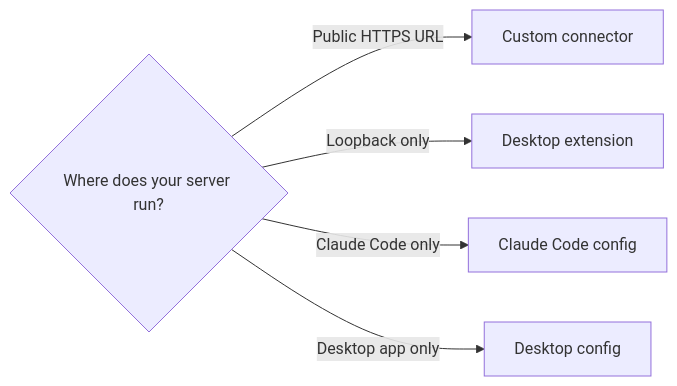
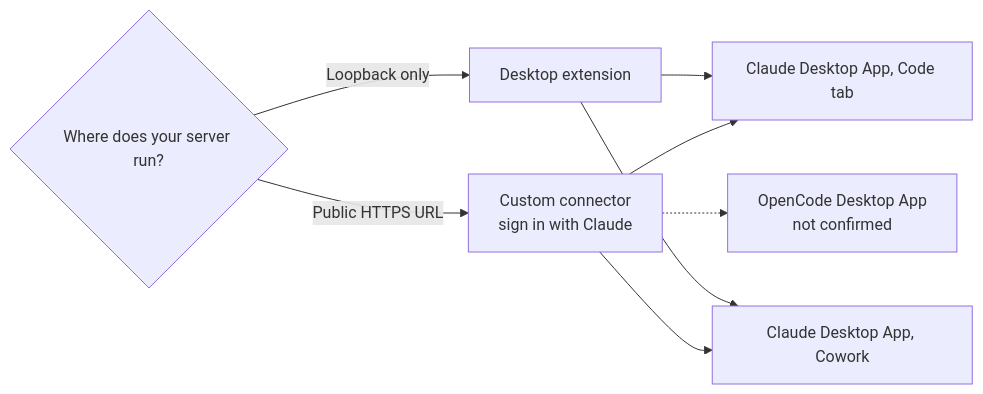
Before and after one commit to SoulCraft-Org/compute-crafter: the diagram in guides/claude-desktop-mcp.md, drawn with Mermaid. The commit also changed other lines of this file and 10 other files, not shown here.

First line of the commit message:
Guides batch 5: Meshy, Claude Desktop MCP, Logins, Training (#198)

````diff
--- a/guides/claude-desktop-mcp.md
+++ b/guides/claude-desktop-mcp.md
@@ -12,7 +5,10 @@
 ```mermaid
 flowchart LR
-  Q{Where does your server run?} -->|Public HTTPS URL| C[Custom connector]
+  Q{Where does your server run?} -->|Public HTTPS URL| C[Custom connector<br/>sign in with Claude]
   Q -->|Loopback only| B[Desktop extension]
-  Q -->|Claude Code only| J[Claude Code config]
-  Q -->|Desktop app only| D[Desktop config]
+  C --> T[Claude Desktop App, Code tab]
+  C --> W[Claude Desktop App, Cowork]
+  B --> T
+  B --> W
+  C -.-> O[OpenCode Desktop App<br/>not confirmed]
 ```
````
